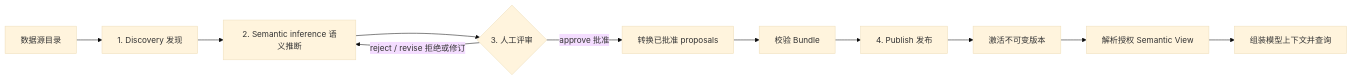
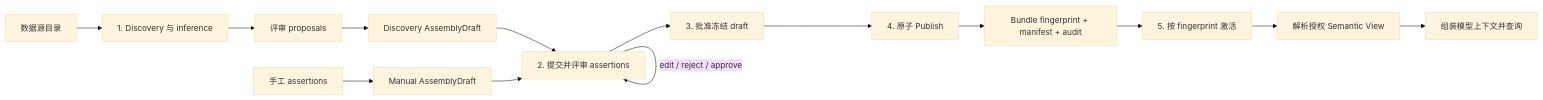
The diagram in docs/guides/metadata-to-bundle.zh-CN.md (emmansun/nl2data-core), drawn with Mermaid (base theme) before and after one commit. The commit also changed other lines of this file and 74 other files, not shown here.

Commit message:
feat: add semantic assembly lifecycle

````diff
--- a/docs/guides/metadata-to-bundle.zh-CN.md
+++ b/docs/guides/metadata-to-bundle.zh-CN.md
@@ -21,13 +21,16 @@
 ```mermaid
 flowchart LR
-    S[数据源目录] --> D[1. Discovery 发现]
-    D --> P[2. Semantic inference 语义推断]
-    P --> R{3. 人工评审}
-    R -->|approve 批准| C[转换已批准 proposals]
-    R -->|reject / revise 拒绝或修订| P
-    C --> V[校验 Bundle]
-    V --> U[4. Publish 发布]
-    U --> A[激活不可变版本]
+    S[数据源目录] --> D[1. Discovery 与 inference]
+    D --> P[评审 proposals]
+    P --> DA[Discovery AssemblyDraft]
+    M[手工 assertions] --> MA[Manual AssemblyDraft]
+    DA --> R[2. 提交并评审 assertions]
+    MA --> R
+    R -->|edit / reject / approve| R
+    R --> G[3. 批准冻结 draft]
+    G --> U[4. 原子 Publish]
+    U --> F[Bundle fingerprint + manifest + audit]
+    F --> A[5. 按 fingerprint 激活]
     A --> Q[解析授权 Semantic View]
-    Q --> M[组装模型上下文并查询]
+    Q --> QRY[组装模型上下文并查询]
 ```
````
